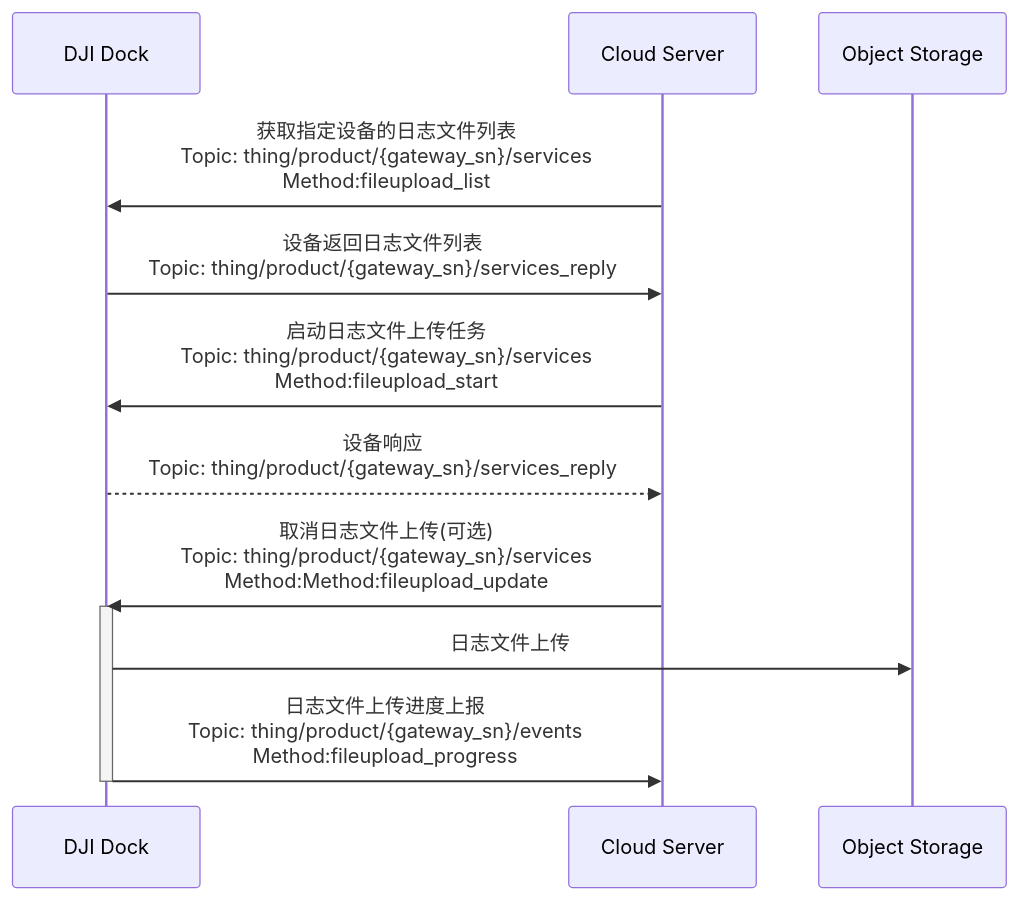
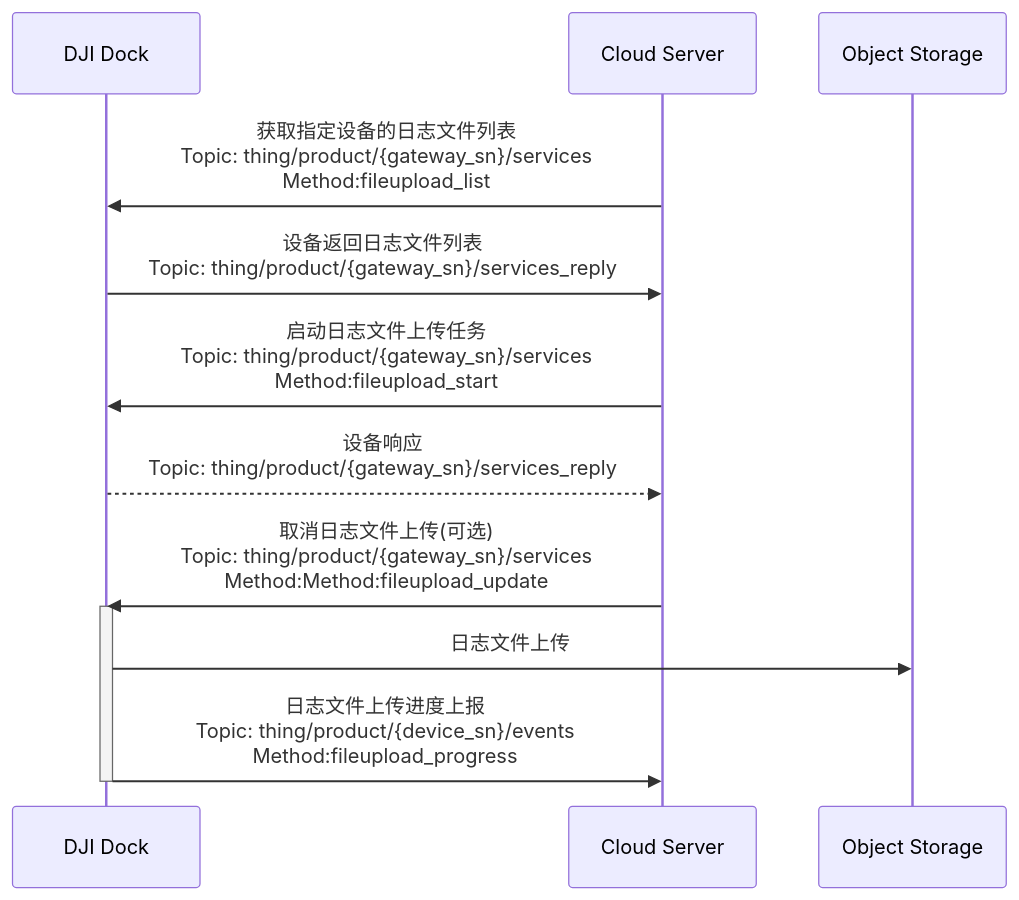
The diagram in docs/cn/30.feature-set/20.dock-feature-set/90.remote-log.md (dji-sdk/Cloud-API-Doc), drawn with Mermaid before and after one commit. The commit also changed 41 other files, not shown here.

````diff
--- a/docs/cn/30.feature-set/20.dock-feature-set/90.remote-log.md
+++ b/docs/cn/30.feature-set/20.dock-feature-set/90.remote-log.md
@@ -13,20 +13,20 @@
 ```mermaid
 sequenceDiagram
 
 participant client as DJI Dock
 participant app_server as Cloud Server
 participant storage as Object Storage
 
 app_server ->> client : 获取指定设备的日志文件列表<br/>Topic: thing/product/{gateway_sn}/services<br/>Method:fileupload_list
 client ->> app_server : 设备返回日志文件列表<br/>Topic: thing/product/{gateway_sn}/services_reply
 
 app_server ->> client : 启动日志文件上传任务<br/>Topic: thing/product/{gateway_sn}/services<br/>Method:fileupload_start
 client -->> app_server  : 设备响应<br/>Topic: thing/product/{gateway_sn}/services_reply
 app_server ->> client : 取消日志文件上传(可选)<br/>Topic: thing/product/{gateway_sn}/services<br/>Method:Method:fileupload_update
 
 activate client
 client ->> storage : 日志文件上传
-client ->> app_server : 日志文件上传进度上报<br/>Topic: thing/product/{gateway_sn}/events<br/>Method:fileupload_progress
+client ->> app_server : 日志文件上传进度上报<br/>Topic: thing/product/{device_sn}/events<br/>Method:fileupload_progress
 deactivate client
 
 ```
````
